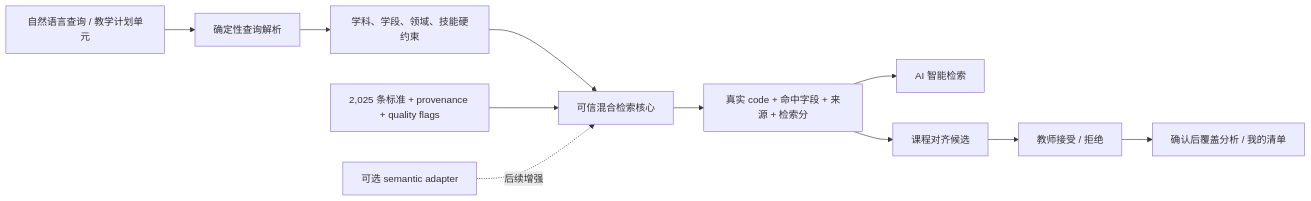
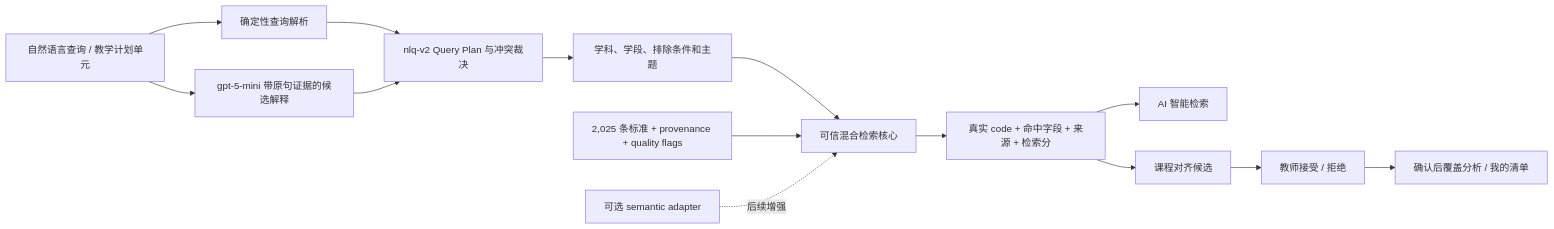
Before and after one commit to NBrangerF/curriculum-standards-breakdown: the diagram in docs/KEBIAO_AI_SMART_SEARCH_ALIGNMENT_REVISED_EXECUTION_PLAN.md, drawn with Mermaid. The commit also changed other lines of this file and 1 other file, not shown here.

Commit message:
docs: record natural language search architecture

````diff
--- a/docs/KEBIAO_AI_SMART_SEARCH_ALIGNMENT_REVISED_EXECUTION_PLAN.md
+++ b/docs/KEBIAO_AI_SMART_SEARCH_ALIGNMENT_REVISED_EXECUTION_PLAN.md
@@ -54,13 +54,16 @@
 ```mermaid
 flowchart LR
     Q["自然语言查询 / 教学计划单元"] --> P["确定性查询解析"]
-    P --> H["学科、学段、领域、技能硬约束"]
+    Q --> L["gpt-5-mini 带原句证据的候选解释"]
+    P --> V["nlq-v2 Query Plan 与冲突裁决"]
+    L --> V
+    V --> H["学科、学段、排除条件和主题"]
     H --> R["可信混合检索核心"]
     D["2,025 条标准 + provenance + quality flags"] --> R
     E["可选 semantic adapter"] -. 后续增强 .-> R
     R --> X["真实 code + 命中字段 + 来源 + 检索分"]
     X --> S["AI 智能检索"]
     X --> W["课程对齐候选"]
     W --> A["教师接受 / 拒绝"]
     A --> C["确认后覆盖分析 / 我的清单"]
 ```
````
